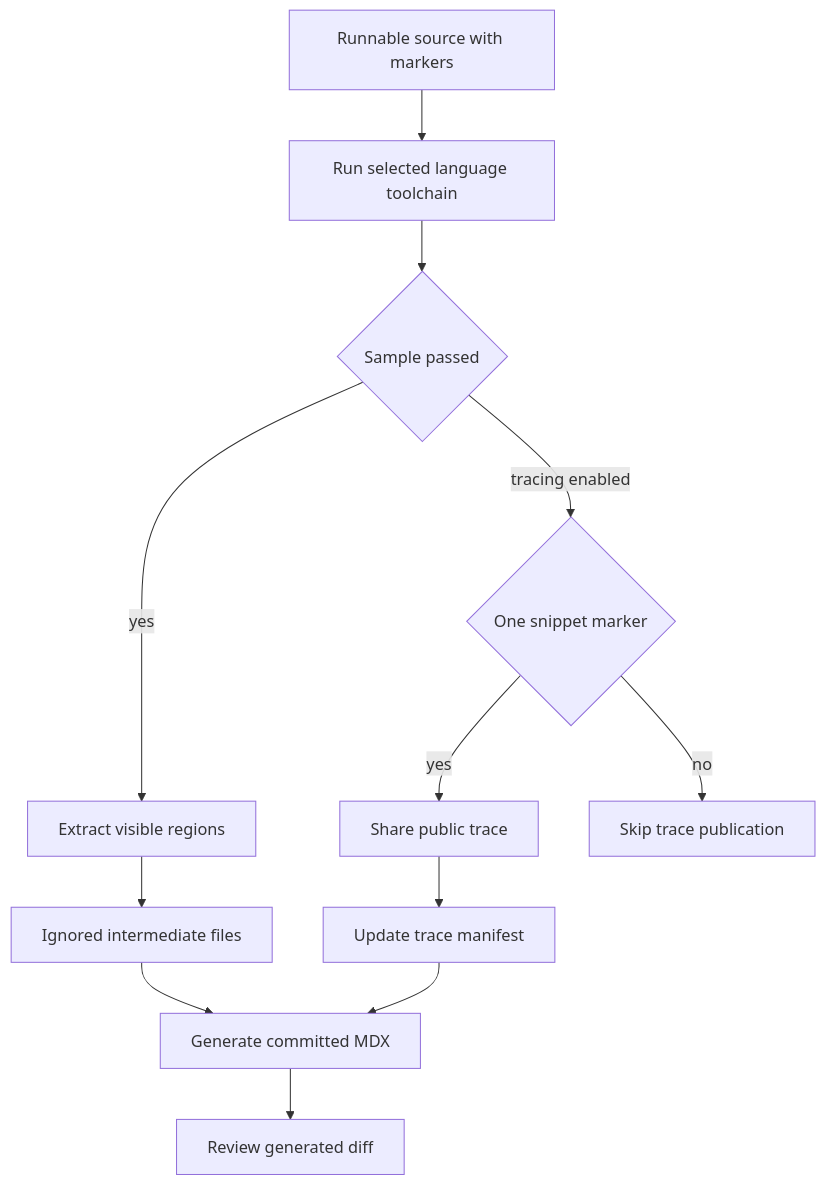
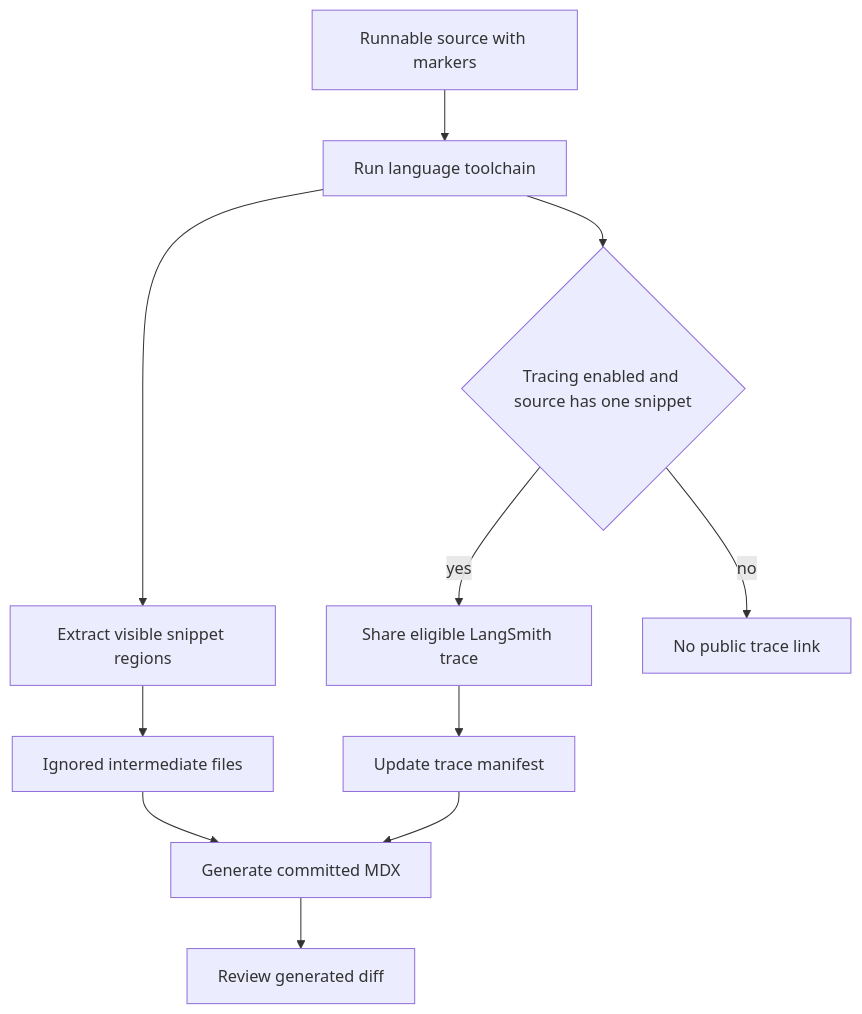
The diagram in openwiki/workflows/code-sample-lifecycle.md (langchain-ai/docs), drawn with Mermaid before and after one commit. The commit also changed other lines of this file and 25 other files, not shown here.

````diff
--- a/openwiki/workflows/code-sample-lifecycle.md
+++ b/openwiki/workflows/code-sample-lifecycle.md
@@ -45,14 +47,13 @@
 ```mermaid
 flowchart TD
-  Source["Runnable source with markers"] --> Test["Run selected language toolchain"]
-  Test --> Passed{"Sample passed"}
-  Passed -->|"yes"| Extract["Extract visible regions"]
+  Source["Runnable source with markers"] --> Validate["Run language toolchain"]
+  Validate --> Extract["Extract visible snippet regions"]
   Extract --> Intermediate["Ignored intermediate files"]
-  Intermediate --> Generate["Generate committed MDX"]
-  Generate --> Review["Review generated diff"]
-  Passed -->|"tracing enabled"| TraceCheck{"One snippet marker"}
-  TraceCheck -->|"yes"| Share["Share public trace"]
-  Share --> Manifest["Update trace manifest"]
-  Manifest --> Generate
-  TraceCheck -->|"no"| Skip["Skip trace publication"]
+  Intermediate --> Render["Generate committed MDX"]
+  Render --> Review["Review generated diff"]
+  Validate --> TraceGate{"Tracing enabled and source has one snippet"}
+  TraceGate -->|"yes"| Publish["Share eligible LangSmith trace"]
+  Publish --> Manifest["Update trace manifest"]
+  Manifest --> Render
+  TraceGate -->|"no"| NoPublish["No public trace link"]
 ```
````
